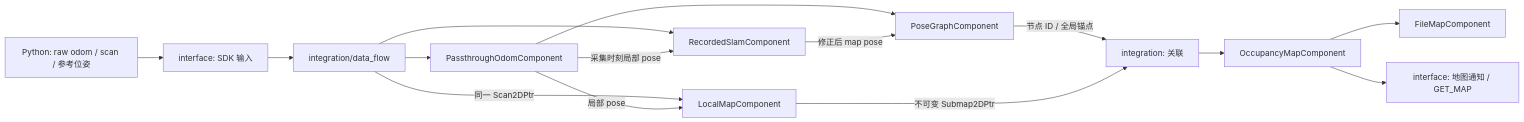
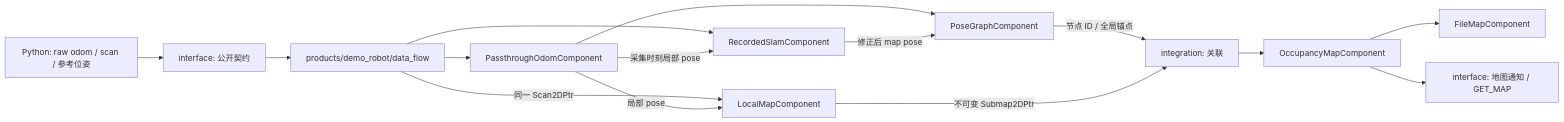
The diagram in docs/mapping.md (PU-UP/roboframe), drawn with Mermaid before and after one commit. The commit also changed other lines of this file and 110 other files, not shown here.

````diff
--- a/docs/mapping.md
+++ b/docs/mapping.md
@@ -6,17 +6,17 @@
 ```mermaid
 flowchart LR
-  Python[Python: raw odom / scan / 参考位姿] --> IPC[interface: SDK 输入]
-  IPC --> Flow[integration/data_flow]
+  Python[Python: raw odom / scan / 参考位姿] --> IPC[interface: 公开契约]
+  IPC --> Flow[products/demo_robot/data_flow]
   Flow --> Odom[PassthroughOdomComponent]
   Flow --> SLAM[RecordedSlamComponent]
   Odom -->|采集时刻局部 pose| SLAM
   Odom --> PG[PoseGraphComponent]
   SLAM -->|修正后 map pose| PG
   Flow -->|同一 Scan2DPtr| Local[LocalMapComponent]
   Odom -->|局部 pose| Local
   PG -->|节点 ID / 全局锚点| Placement[integration: 关联]
   Local -->|不可变 Submap2DPtr| Placement
   Placement --> Map[OccupancyMapComponent]
   Map --> Store[FileMapComponent]
   Map --> Out[interface: 地图通知 / GET_MAP]
 ```
````
